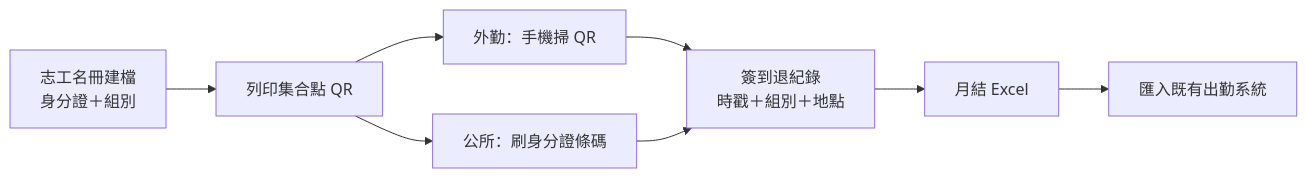
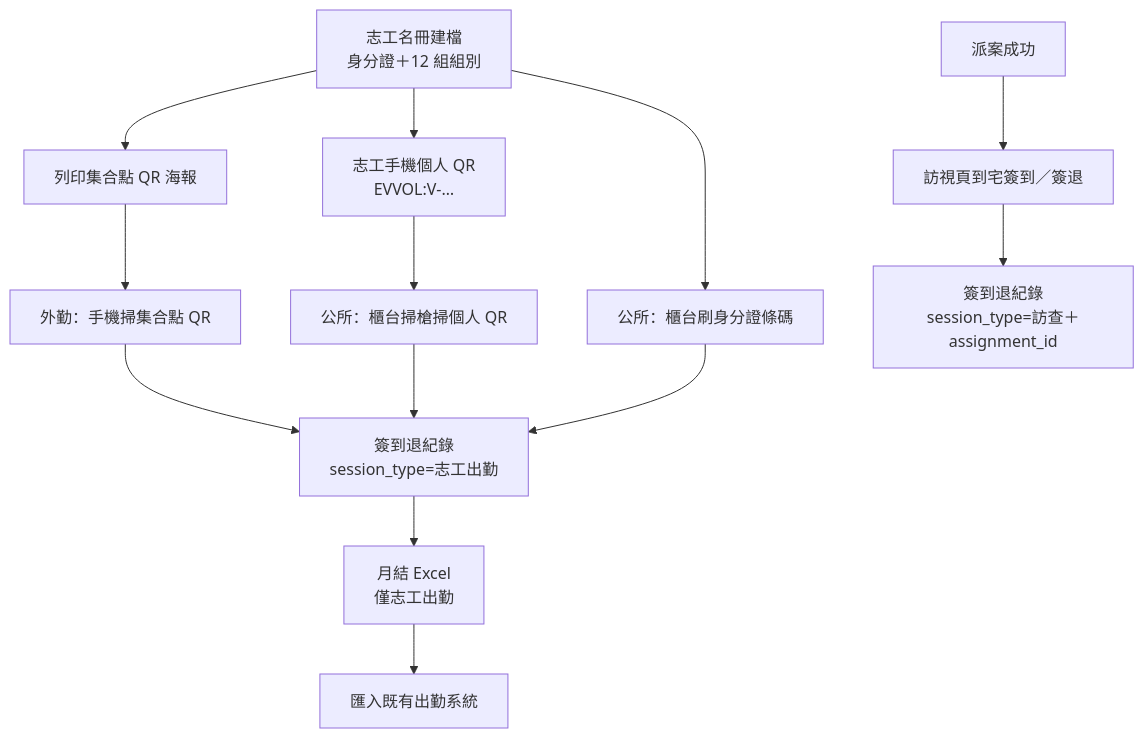
The sixth of 13 diagrams in docs/system-architecture.md (yongheelderly0826-design/Elder-Visit-Platform), drawn with Mermaid before and after one commit. The commit also changed other lines of this file and 4 other files, not shown here.

First line of the commit message:
Document dual attendance flows in architecture diagrams.

````diff
--- a/docs/system-architecture.md
+++ b/docs/system-architecture.md
@@ -165,10 +175,19 @@
 ```mermaid
-flowchart LR
-  R["志工名冊建檔<br/>身分證＋組別"] --> P["列印集合點 QR"]
-  P --> F1["外勤：手機掃 QR"]
-  P --> F2["公所：刷身分證條碼"]
-  F1 --> S["簽到退紀錄<br/>時戳＋組別＋地點"]
-  F2 --> S
-  S --> X["月結 Excel"]
+flowchart TB
+  R["志工名冊建檔<br/>身分證＋12 組組別"] --> P["列印集合點 QR 海報"]
+  R --> B["志工手機個人 QR<br/>EVVOL:V-…"]
+
+  P --> F1["外勤：手機掃集合點 QR"]
+  B --> K1["公所：櫃台掃槍掃個人 QR"]
+  R --> K2["公所：櫃台刷身分證條碼"]
+
+  F1 --> S["簽到退紀錄<br/>session_type=志工出勤"]
+  K1 --> S
+  K2 --> S
+
+  ASG["派案成功"] --> V1["訪視頁到宅簽到／簽退"]
+  V1 --> S2["簽到退紀錄<br/>session_type=訪查＋assignment_id"]
+
+  S --> X["月結 Excel<br/>僅志工出勤"]
   X --> Y["匯入既有出勤系統"]
 ```
````
